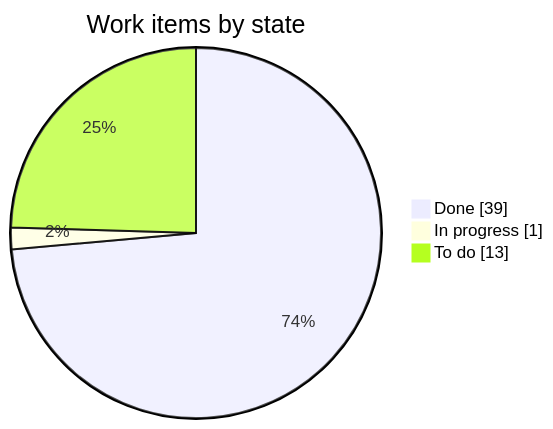
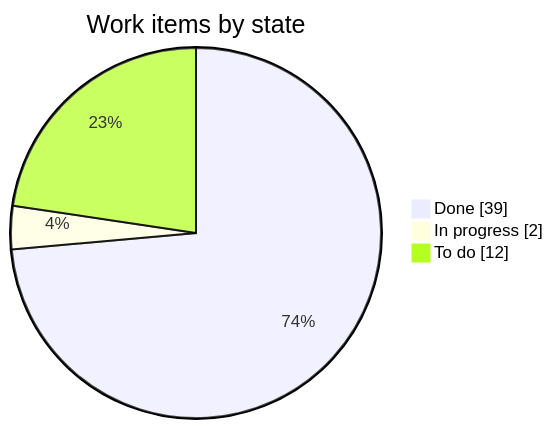
Before and after one commit to LoMagnette/ghost-light: the first of 2 diagrams in STATUS.md, drawn with Mermaid. The commit also changed other lines of this file and 1 other file, not shown here.

Commit message:
docs: log the job props, move the row to in progress

````diff
--- a/STATUS.md
+++ b/STATUS.md
@@ -31,7 +31,7 @@
 ```mermaid
 pie showData
     title Work items by state
     "Done" : 39
-    "In progress" : 1
-    "To do" : 13
+    "In progress" : 2
+    "To do" : 12
 ```
````
